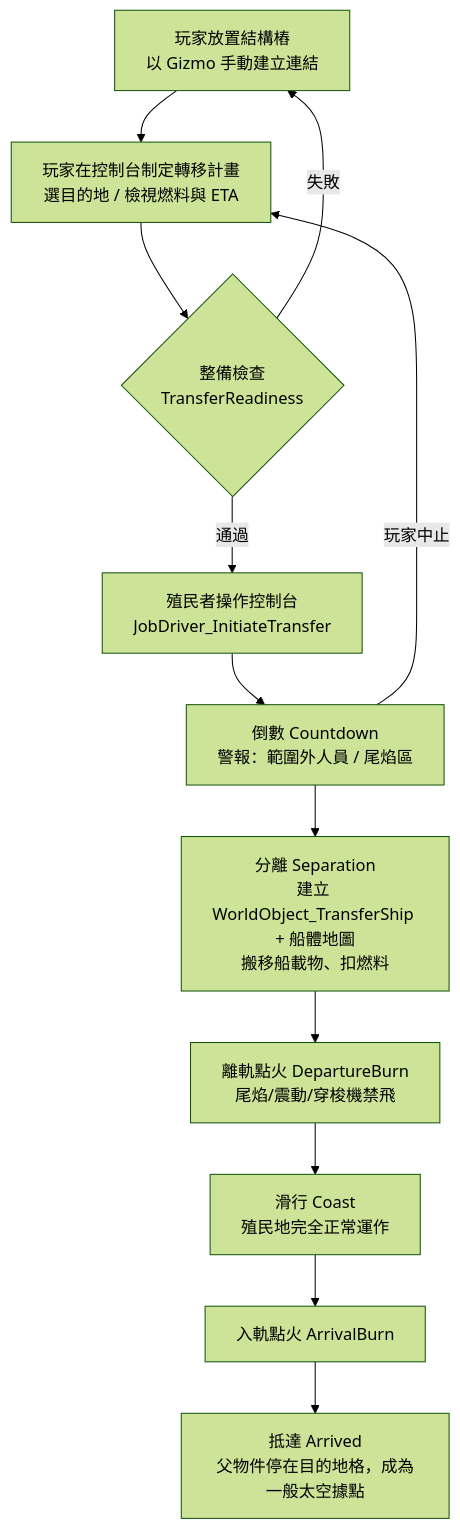
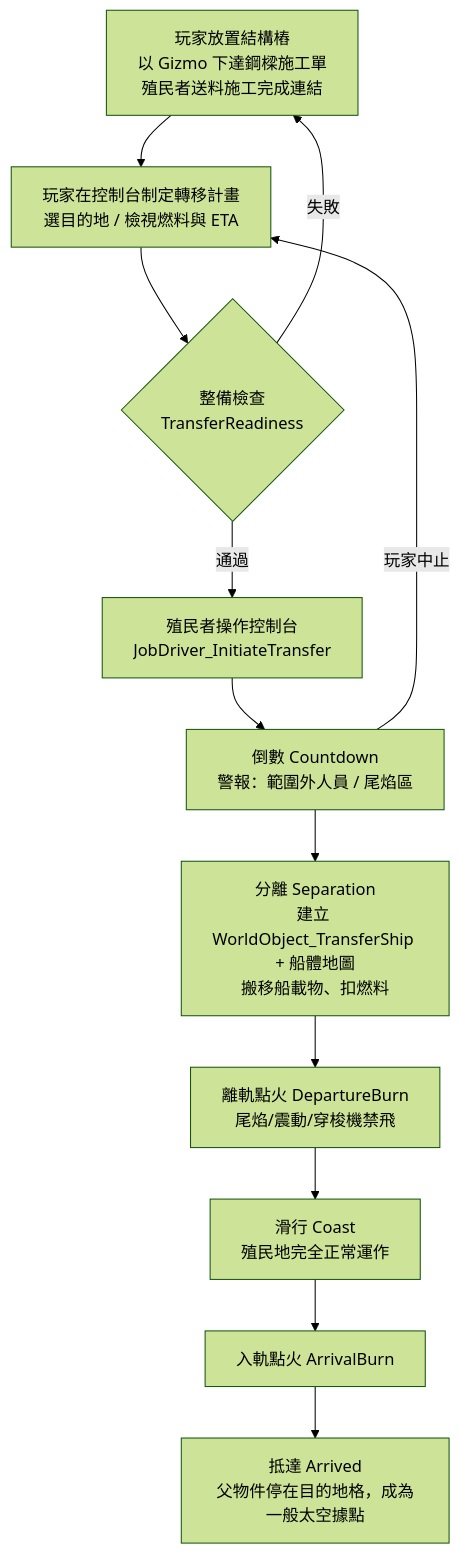
Before and after one commit to AobaKuma/Dead-Man-Switch-Expedition: the first of 2 diagrams in docs/CelestialTransfer_轉移飛行重構.md, drawn with Mermaid (forest theme). The commit also changed other lines of this file, not shown here.

````diff
--- a/docs/CelestialTransfer_轉移飛行重構.md
+++ b/docs/CelestialTransfer_轉移飛行重構.md
@@ -88,14 +90,14 @@
 ```mermaid
 flowchart TD
-    P[玩家放置結構樁<br/>以 Gizmo 手動建立連結] --> A
+    P[玩家放置結構樁<br/>以 Gizmo 下達鋼樑施工單<br/>殖民者送料施工完成連結] --> A
     A[玩家在控制台制定轉移計畫<br/>選目的地 / 檢視燃料與 ETA] --> B{整備檢查<br/>TransferReadiness}
     B -- 失敗 --> P
     B -- 通過 --> C[殖民者操作控制台<br/>JobDriver_InitiateTransfer]
     C --> D[倒數 Countdown<br/>警報：範圍外人員 / 尾焰區]
     D -- 玩家中止 --> A
     D --> E[分離 Separation<br/>建立 WorldObject_TransferShip + 船體地圖<br/>搬移船載物、扣燃料]
     E --> F[離軌點火 DepartureBurn<br/>尾焰/震動/穿梭機禁飛]
     F --> G[滑行 Coast<br/>殖民地完全正常運作]
     G --> H[入軌點火 ArrivalBurn]
     H --> I[抵達 Arrived<br/>父物件停在目的地格，成為一般太空據點]
 ```
````
